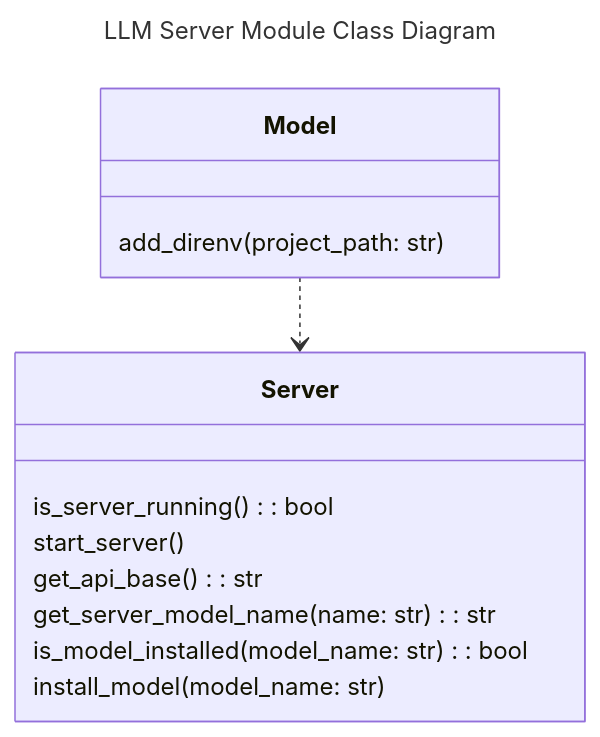
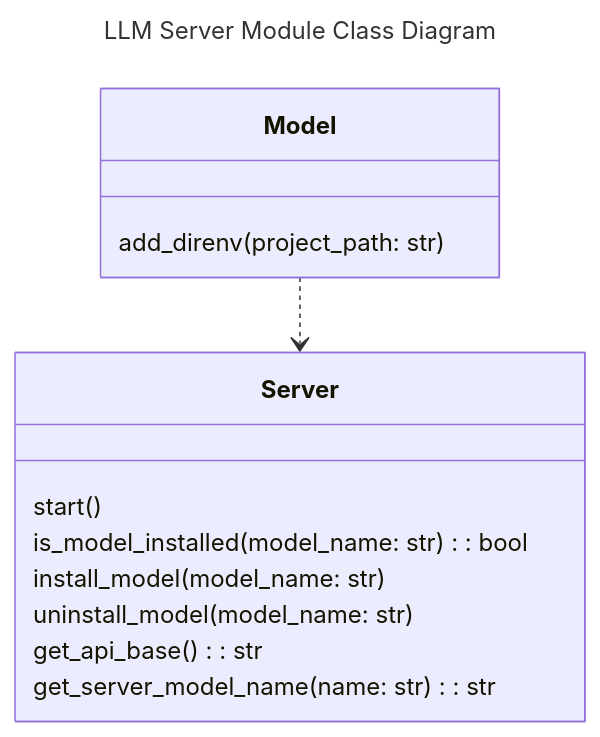
One commit to Oldranda1414/AutoDev changed the diagram in docs/assets/src/llm_server.mmd. Above: the diagram before and after it, drawn with Mermaid. The commit also changed 10 other files, not shown here.

```diff
--- a/docs/assets/src/llm_server.mmd
+++ b/docs/assets/src/llm_server.mmd
@@ -1,19 +1,19 @@
 ---
 title: LLM Server Module Class Diagram
 ---
 classDiagram
 
     class Server {
-        is_server_running(): bool
-        start_server()
+        start()
+        is_model_installed(model_name: str): bool
+        install_model(model_name: str)
+        uninstall_model(model_name: str)
         get_api_base(): str
         get_server_model_name(name: str): str
-        is_model_installed(model_name: str): bool
-        install_model(model_name: str)
     }
 
     class Model {
         add_direnv(project_path: str)
     }
 
     Model ..> Server
```
